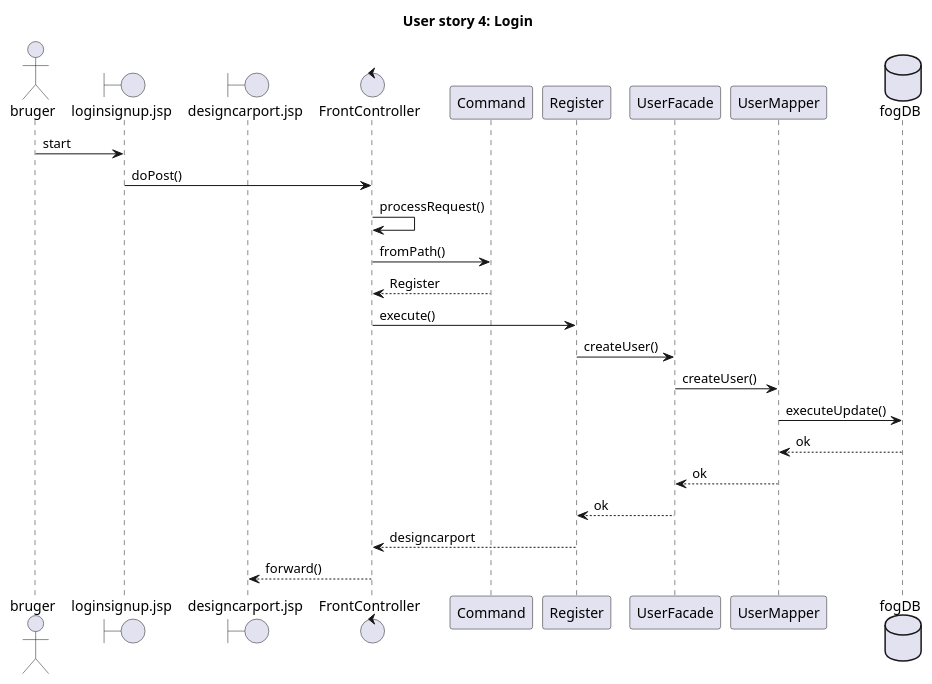
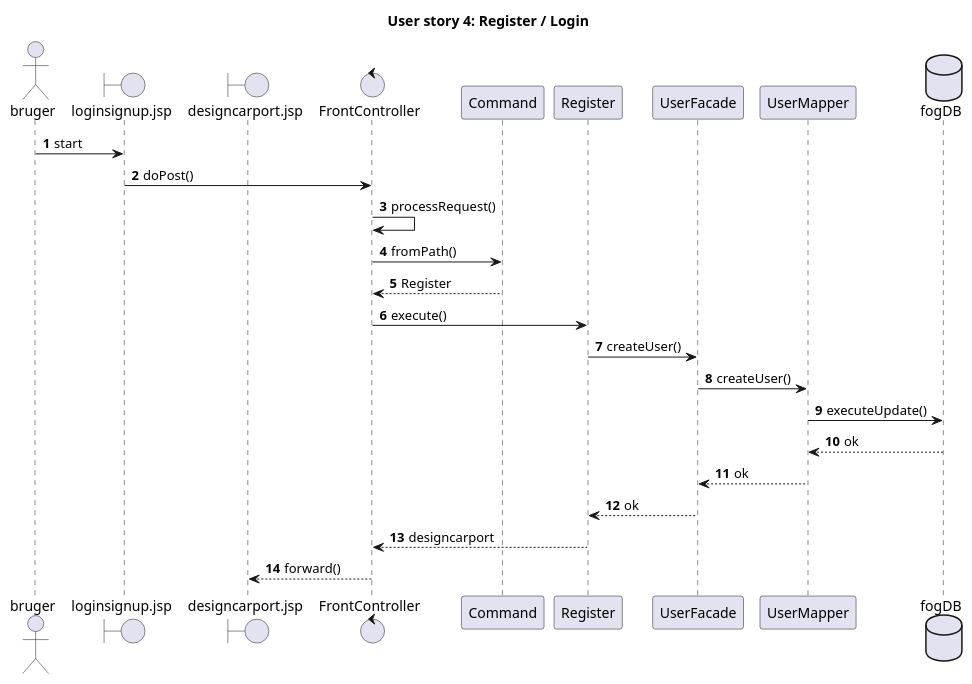
One commit to LaDane/FogCarport changed the diagram in plantuml/fog_sekvens_signup_login.puml. Above: the diagram before and after it, drawn with PlantUML. The commit also changed 1 other file, not shown here.

Commit message:
change headline in sekvensdiagram

```diff
--- a/plantuml/fog_sekvens_signup_login.puml
+++ b/plantuml/fog_sekvens_signup_login.puml
@@ -1,30 +1,32 @@
 @startuml
-title User story 4: Login
+title User story 4: Register / Login
 actor bruger
 
 boundary loginsignup.jsp
 boundary designcarport.jsp
 control FrontController
+
+autonumber
 
 bruger -> loginsignup.jsp: start
 loginsignup.jsp -> FrontController: doPost()
 FrontController -> FrontController: processRequest()
 FrontController -> Command: fromPath()
 Command --> FrontController: Register
 FrontController -> Register: execute()
 
 Register -> UserFacade: createUser()
 UserFacade -> UserMapper: createUser()
 
 database fogDB
 
 UserMapper -> fogDB: executeUpdate()
 fogDB --> UserMapper: ok
 UserMapper --> UserFacade: ok
 UserFacade --> Register: ok
 
 Register --> FrontController: designcarport
 
 
 FrontController --> designcarport.jsp: forward()
 @enduml
```
